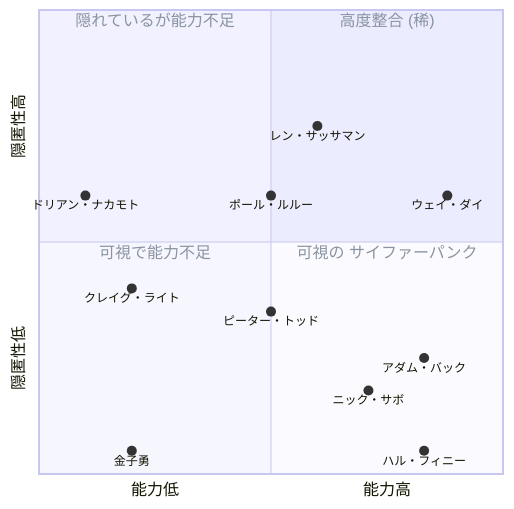
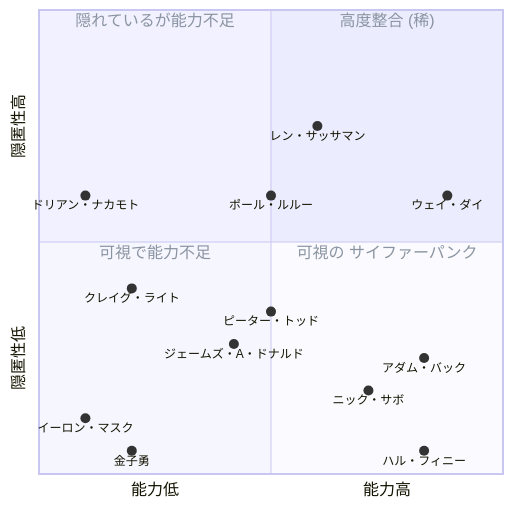
Before and after one commit to cypher256/BitcoinArchive: the first of 2 diagrams in src/data/translations/ja/analysis/2008-10-31-satoshi-identity-hypotheses-overview.md, drawn with Mermaid. The commit also changed other lines of this file and 13 other files, not shown here.

````diff
--- a/src/data/translations/ja/analysis/2008-10-31-satoshi-identity-hypotheses-overview.md
+++ b/src/data/translations/ja/analysis/2008-10-31-satoshi-identity-hypotheses-overview.md
@@ -163,20 +173,22 @@
 ```mermaid
 %%{init: {'themeVariables': {'quadrant1TextFill': '#8a94a0', 'quadrant2TextFill': '#8a94a0', 'quadrant3TextFill': '#8a94a0', 'quadrant4TextFill': '#8a94a0', 'xAxisTitleFill': '#8a94a0', 'yAxisTitleFill': '#8a94a0'}}}%%
 quadrantChart
     x-axis "能力低" --> "能力高"
     y-axis "隠匿性低" --> "隠匿性高"
     quadrant-1 "高度整合 (稀)"
     quadrant-2 "隠れているが能力不足"
     quadrant-3 "可視で能力不足"
     quadrant-4 "可視の サイファーパンク"
     "ウェイ・ダイ": [0.88, 0.6]
     "アダム・バック": [0.83, 0.25]
     "ハル・フィニー": [0.83, 0.05]
     "ニック・サボ": [0.71, 0.18]
     "レン・サッサマン": [0.6, 0.75]
     "ポール・ルルー": [0.5, 0.6]
     "ピーター・トッド": [0.5, 0.35]
     "クレイグ・ライト": [0.2, 0.4]
     "ドリアン・ナカモト": [0.1, 0.6]
     "金子勇": [0.2, 0.05]
+    "イーロン・マスク": [0.1, 0.12]
+    "ジェームズ・A・ドナルド": [0.42, 0.28]
 ```
````
